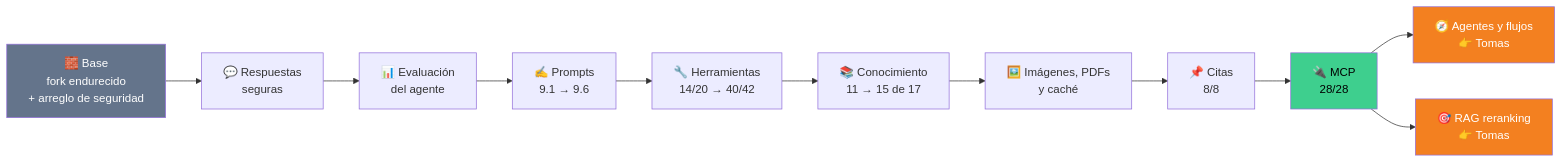
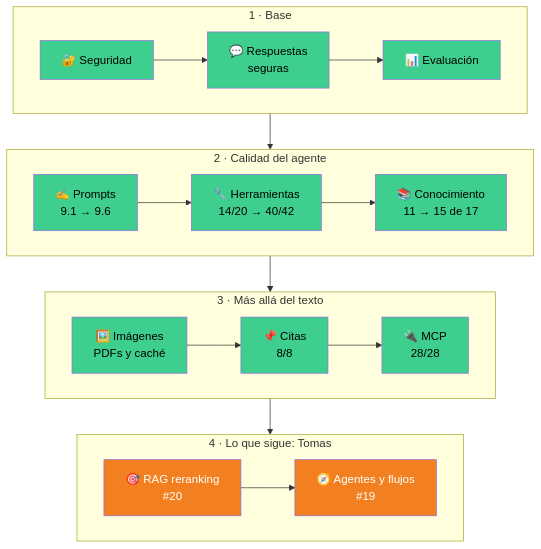
Before and after one commit to grancobud/arm-whatsapp: the first of 4 diagrams in PUESTA-AL-DIA.md, drawn with Mermaid. The commit also changed other lines of this file, not shown here.

Commit message:
docs: diagramas de la puesta al día más legibles

````diff
--- a/PUESTA-AL-DIA.md
+++ b/PUESTA-AL-DIA.md
@@ -32,18 +32,22 @@
 ```mermaid
-flowchart LR
-    A[🧱 Base<br/>fork endurecido<br/>+ arreglo de seguridad] --> B[💬 Respuestas<br/>seguras]
-    B --> C[📊 Evaluación<br/>del agente]
-    C --> D[✍️ Prompts<br/>9.1 → 9.6]
-    D --> E[🔧 Herramientas<br/>14/20 → 40/42]
-    E --> F[📚 Conocimiento<br/>11 → 15 de 17]
-    F --> G[🖼️ Imágenes, PDFs<br/>y caché]
-    G --> H[📌 Citas<br/>8/8]
-    H --> I[🔌 MCP<br/>28/28]
-    I --> T1[🧭 Agentes y flujos<br/>👉 Tomas]
-    I --> T2[🎯 RAG reranking<br/>👉 Tomas]
-
-    style A fill:#64748B,color:#fff
-    style I fill:#3ECF8E,color:#000
-    style T1 fill:#F38020,color:#fff
-    style T2 fill:#F38020,color:#fff
+flowchart TB
+    subgraph E1 [1 · Base]
+        direction LR
+        A[🔐 Seguridad]:::h --> B[💬 Respuestas<br/>seguras]:::h --> C[📊 Evaluación]:::h
+    end
+    subgraph E2 [2 · Calidad del agente]
+        direction LR
+        D[✍️ Prompts<br/>9.1 → 9.6]:::h --> E[🔧 Herramientas<br/>14/20 → 40/42]:::h --> F[📚 Conocimiento<br/>11 → 15 de 17]:::h
+    end
+    subgraph E3 [3 · Más allá del texto]
+        direction LR
+        G[🖼️ Imágenes<br/>PDFs y caché]:::h --> H[📌 Citas<br/>8/8]:::h --> I[🔌 MCP<br/>28/28]:::h
+    end
+    subgraph E4 [4 · Lo que sigue: Tomas]
+        direction LR
+        T2[🎯 RAG reranking<br/>#20]:::t --> T1[🧭 Agentes y flujos<br/>#19]:::t
+    end
+    E1 --> E2 --> E3 --> E4
+    classDef h fill:#3ECF8E,color:#000
+    classDef t fill:#F38020,color:#fff
 ```
````
